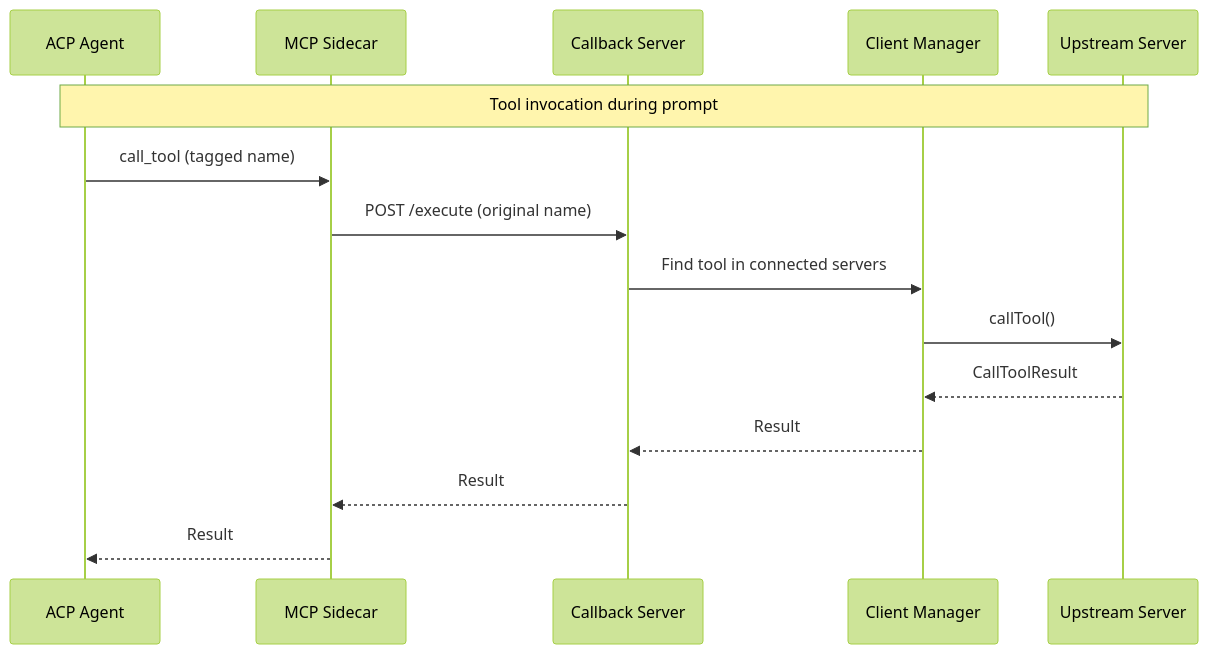
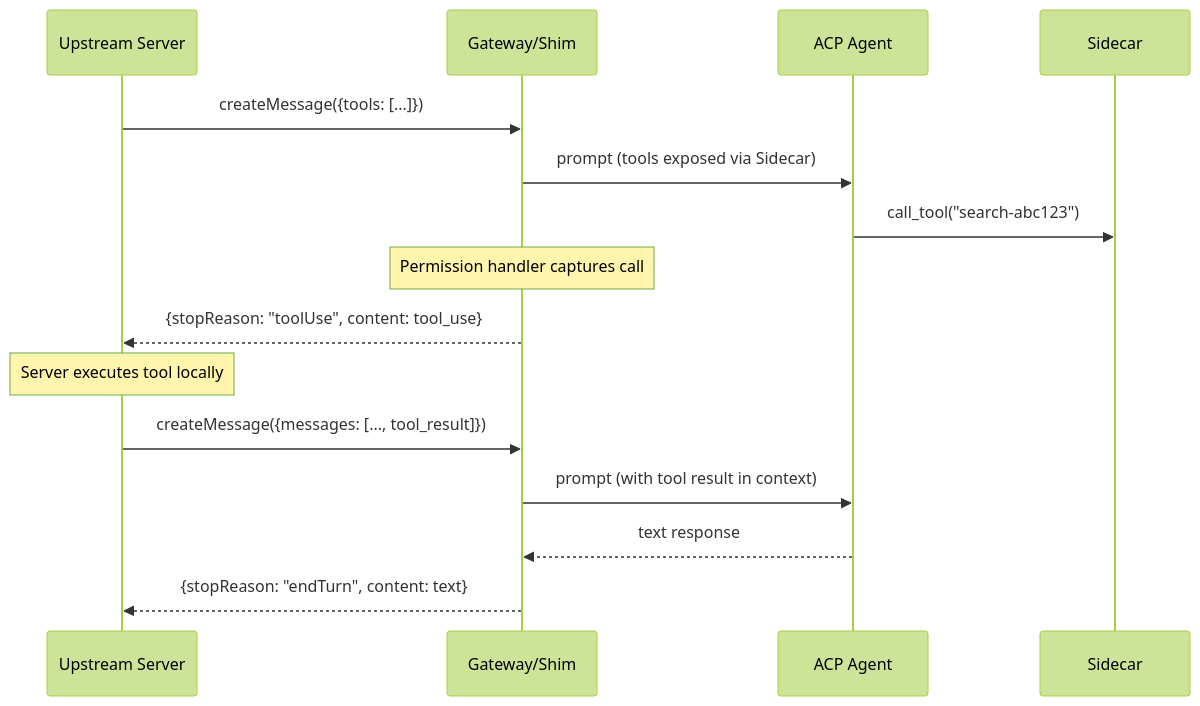
One commit to karashiiro/my-cool-proxy changed the ninth of 9 diagrams in docs/design/sampling.md. Above: the diagram before and after it, drawn with Mermaid (forest theme). The commit also changed other lines of this file and 12 other files, not shown here.

````diff
--- a/docs/design/sampling.md
+++ b/docs/design/sampling.md
@@ -313,18 +325,19 @@
 ```mermaid
 sequenceDiagram
+    participant Server as Upstream Server
+    participant Gateway as Gateway/Shim
     participant Agent as ACP Agent
-    participant Sidecar as MCP Sidecar
-    participant Callback as Callback Server
-    participant ClientMgr as Client Manager
-    participant Upstream as Upstream Server
+    participant Sidecar as Sidecar
 
-    Note over Agent,Upstream: Tool invocation during prompt
-    Agent->>Sidecar: call_tool (tagged name)
-    Sidecar->>Callback: POST /execute (original name)
-    Callback->>ClientMgr: Find tool in connected servers
-    ClientMgr->>Upstream: callTool()
-    Upstream-->>ClientMgr: CallToolResult
-    ClientMgr-->>Callback: Result
-    Callback-->>Sidecar: Result
-    Sidecar-->>Agent: Result
+    Server->>Gateway: createMessage({tools: [...]})
+    Gateway->>Agent: prompt (tools exposed via Sidecar)
+    Agent->>Sidecar: call_tool("search-abc123")
+    Note over Gateway: Permission handler captures call
+    Gateway-->>Server: {stopReason: "toolUse", content: tool_use}
+
+    Note over Server: Server executes tool locally
+    Server->>Gateway: createMessage({messages: [..., tool_result]})
+    Gateway->>Agent: prompt (with tool result in context)
+    Agent-->>Gateway: text response
+    Gateway-->>Server: {stopReason: "endTurn", content: text}
 ```
````
